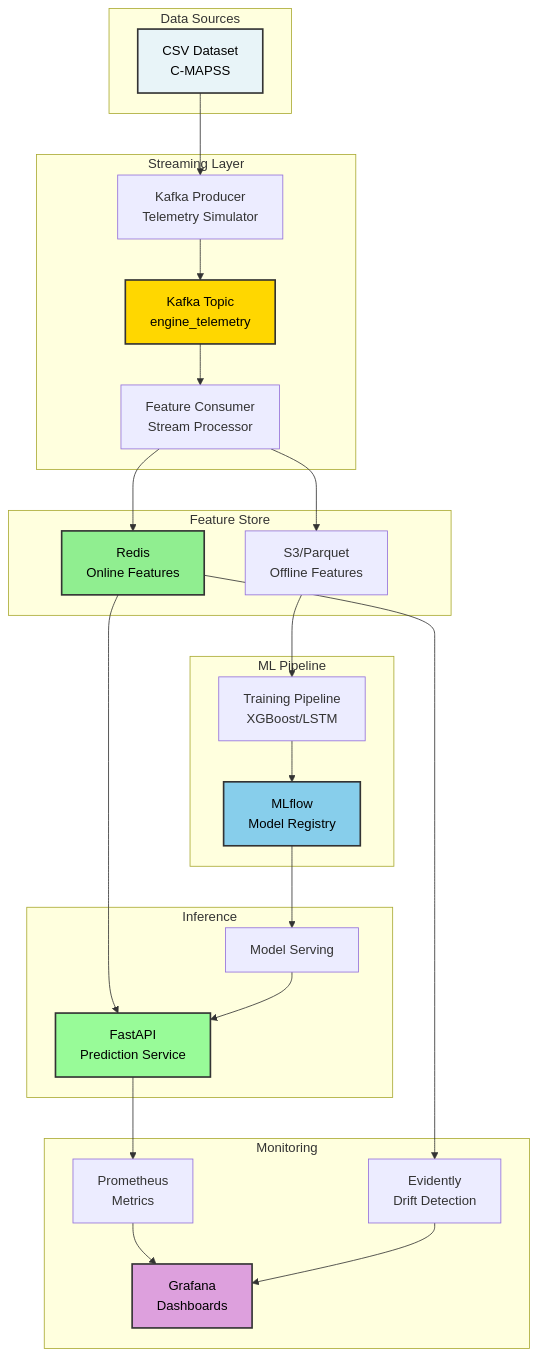
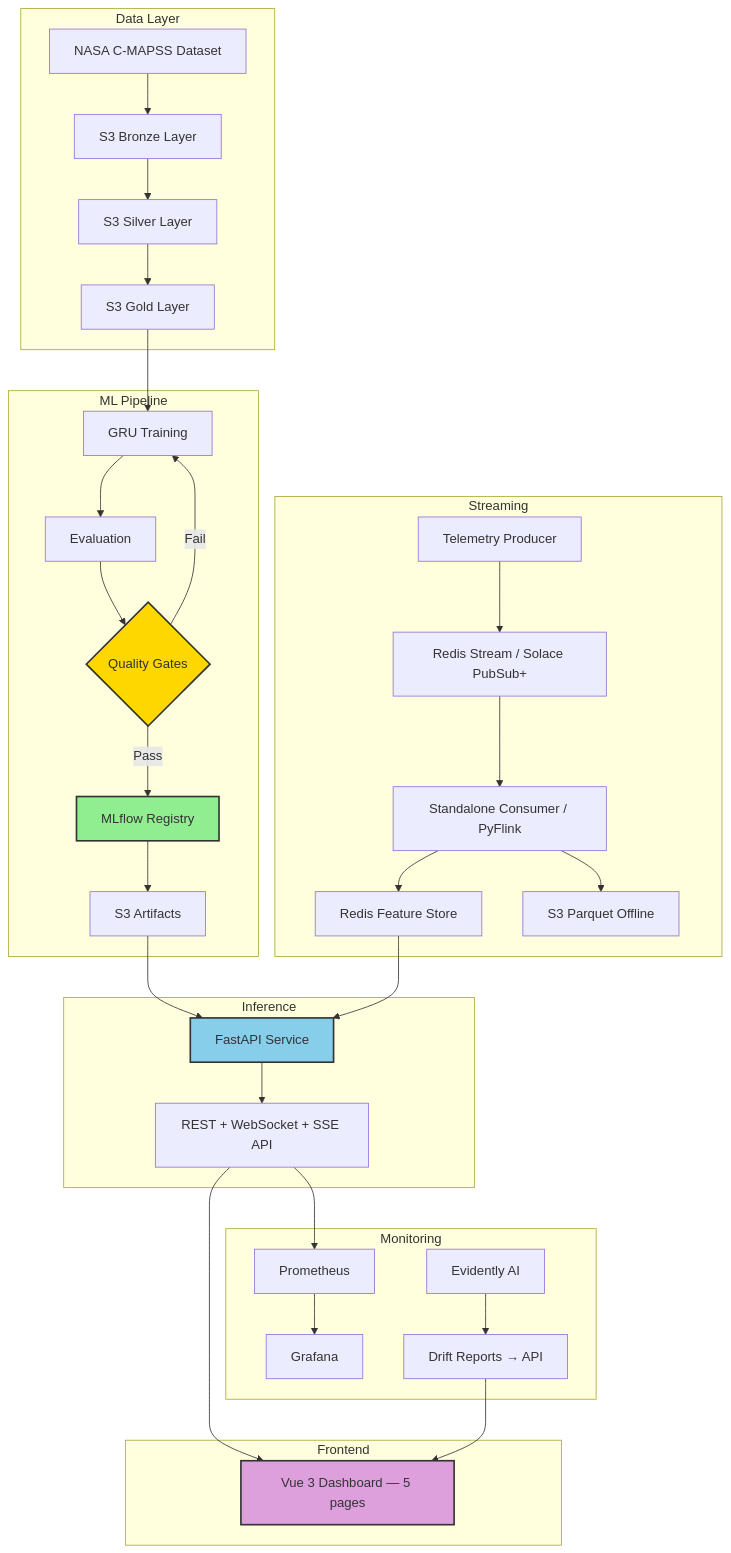
Before and after one commit to nasim-raj-laskar/Real-Time-Aircraft-Engine-Predictive-Maintenance-System: the first of 7 diagrams in docs/09_architecture.md, drawn with Mermaid. The commit also changed other lines of this file and 5 other files, not shown here.

````diff
--- a/docs/09_architecture.md
+++ b/docs/09_architecture.md
@@ -5,55 +5,46 @@
 ```mermaid
 flowchart TB
-    subgraph Data Sources
-        A[CSV Dataset<br/>C-MAPSS]
+    subgraph Data Layer
+        A[NASA C-MAPSS Dataset] --> B[S3 Bronze Layer]
+        B --> C[S3 Silver Layer]
+        C --> D[S3 Gold Layer]
     end
-    
-    subgraph Streaming Layer
-        B[Kafka Producer<br/>Telemetry Simulator]
-        C[Kafka Topic<br/>engine_telemetry]
-        D[Feature Consumer<br/>Stream Processor]
+
+    subgraph ML Pipeline
+        D --> E[GRU Training]
+        E --> F[Evaluation]
+        F --> G{Quality Gates}
+        G -->|Pass| H[MLflow Registry]
+        G -->|Fail| E
+        H --> I[S3 Artifacts]
     end
-    
-    subgraph Feature Store
-        E[Redis<br/>Online Features]
-        F[S3/Parquet<br/>Offline Features]
+
+    subgraph Streaming
+        J[Telemetry Producer] --> K[Redis Stream / Solace PubSub+]
+        K --> L[Standalone Consumer / PyFlink]
+        L --> M[Redis Feature Store]
+        L --> N[S3 Parquet Offline]
     end
-    
-    subgraph ML Pipeline
-        G[Training Pipeline<br/>XGBoost/LSTM]
-        H[MLflow<br/>Model Registry]
+
+    subgraph Inference
+        I --> O[FastAPI Service]
+        M --> O
+        O --> P[REST + WebSocket + SSE API]
     end
-    
-    subgraph Inference
-        I[FastAPI<br/>Prediction Service]
-        J[Model Serving]
+
+    subgraph Frontend
+        P --> Q[Vue 3 Dashboard — 5 pages]
     end
-    
+
     subgraph Monitoring
-        K[Prometheus<br/>Metrics]
-        L[Grafana<br/>Dashboards]
-        M[Evidently<br/>Drift Detection]
+        P --> R[Prometheus]
+        R --> S[Grafana]
+        T[Evidently AI] --> U[Drift Reports → API]
+        U --> Q
     end
-    
-    A --> B
-    B --> C
-    C --> D
-    D --> E
-    D --> F
-    F --> G
-    G --> H
-    H --> J
-    E --> I
-    J --> I
-    I --> K
-    K --> L
-    E --> M
-    M --> L
-    
-    style A fill:#E8F4F8,stroke:#333,stroke-width:2px,color:#000
-    style C fill:#FFD700,stroke:#333,stroke-width:2px,color:#000
-    style E fill:#90EE90,stroke:#333,stroke-width:2px,color:#000
-    style H fill:#87CEEB,stroke:#333,stroke-width:2px,color:#000
-    style I fill:#98FB98,stroke:#333,stroke-width:2px,color:#000
-    style L fill:#DDA0DD,stroke:#333,stroke-width:2px,color:#000
+
+    style G fill:#FFD700,stroke:#333,stroke-width:2px
+    style H fill:#90EE90,stroke:#333,stroke-width:2px
+    style O fill:#87CEEB,stroke:#333,stroke-width:2px
+    style Q fill:#DDA0DD,stroke:#333,stroke-width:2px
 ```
````
